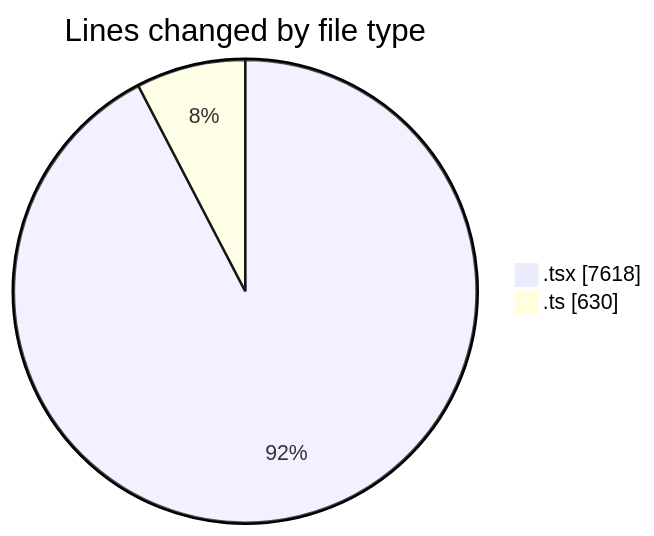
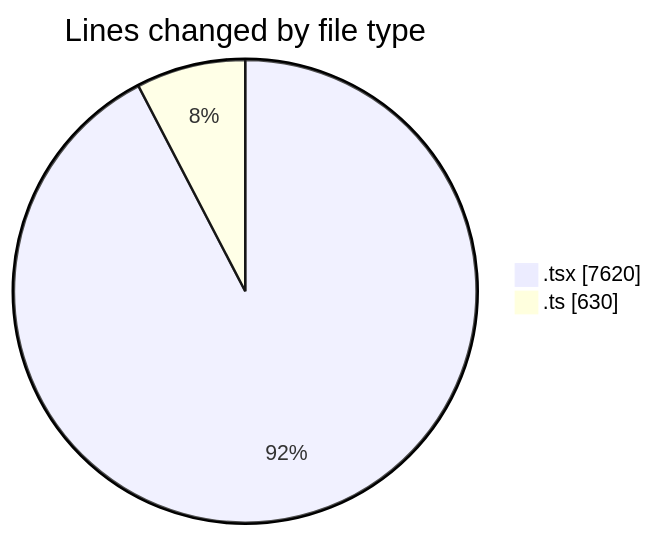
One commit to nxtqubesakshisongat/code-tracking changed the first of 2 diagrams in 2026-08-24/nxtqube_webapp/README.md. Above: the diagram before and after it, drawn with Mermaid. The commit also changed other lines of this file and 1 other file, not shown here.

````diff
--- a/2026-08-24/nxtqube_webapp/README.md
+++ b/2026-08-24/nxtqube_webapp/README.md
@@ -34,6 +34,6 @@
 ```mermaid
 pie showData
 title Lines changed by file type
-".tsx" : 7618
+".tsx" : 7620
 ".ts" : 630
 ```
````
